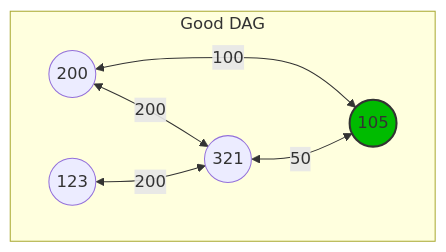
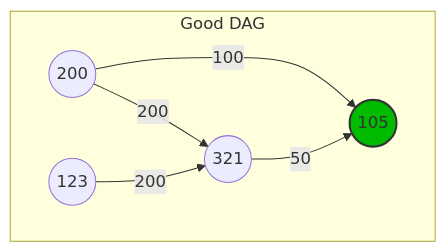
The third of 17 diagrams in documents/technical/technical_specification.md (algosup/2024-2025-project-3-quickest-path-team-2), drawn with Mermaid before and after one commit. The commit also changed other lines of this file, not shown here.

````diff
--- a/documents/technical/technical_specification.md
+++ b/documents/technical/technical_specification.md
@@ -347,10 +350,10 @@
 ```mermaid
 graph
     subgraph Good DAG
-        a((200)) -- 100 <--> b((105))
-        a((200)) -- 200 <--> d((321))
-        f((123)) -- 200 <--> d((321))
-        d((321)) -- 50 <--> b((105)):::yes
+        a((200)) -- 100 --> b((105))
+        a((200)) -- 200 --> d((321))
+        f((123)) -- 200 --> d((321))
+        d((321)) -- 50 --> b((105)):::yes
         classDef yes fill:#0b0,stroke:#333,stroke-width:2px;
     end
 ```
````
